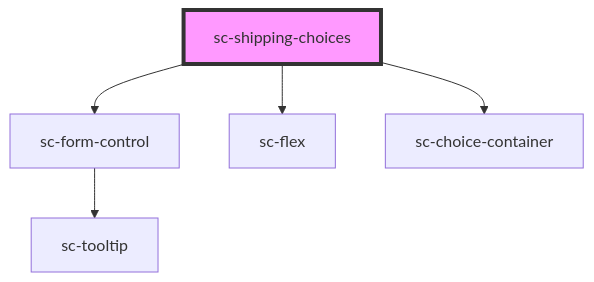
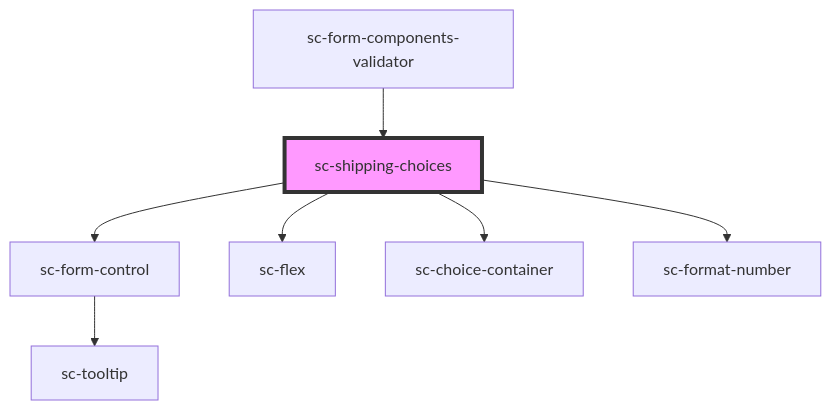
The diagram in packages/components/src/components/ui/sc-shipping-choices/readme.md (surecart/surecart-wp-plugin), drawn with Mermaid before and after one commit. The commit also changed other lines of this file and 12 other files, not shown here.

Commit message:
Add the ability to edit the shipping choices in the admin edit panel

````diff
--- a/packages/components/src/components/ui/sc-shipping-choices/readme.md
+++ b/packages/components/src/components/ui/sc-shipping-choices/readme.md
@@ -25,8 +31,10 @@
 ```mermaid
 graph TD;
   sc-shipping-choices --> sc-form-control
   sc-shipping-choices --> sc-flex
   sc-shipping-choices --> sc-choice-container
+  sc-shipping-choices --> sc-format-number
   sc-form-control --> sc-tooltip
+  sc-form-components-validator --> sc-shipping-choices
   style sc-shipping-choices fill:#f9f,stroke:#333,stroke-width:4px
 ```
````
